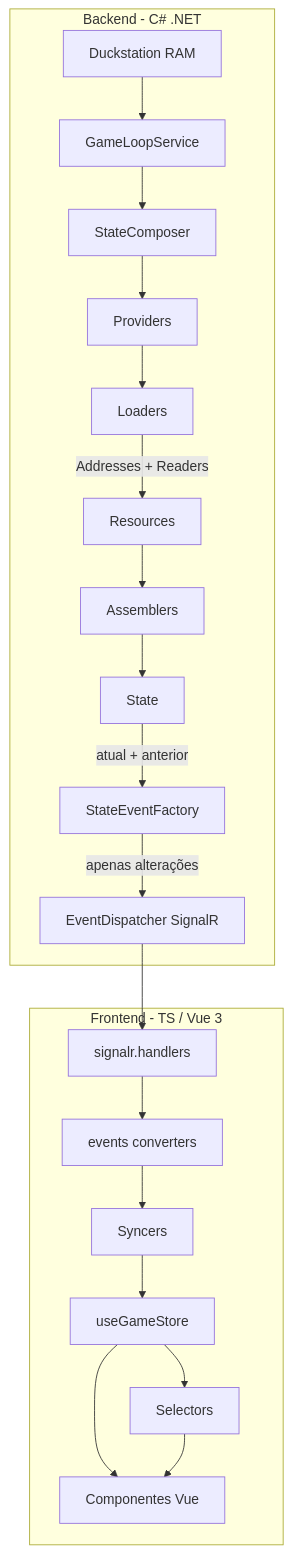
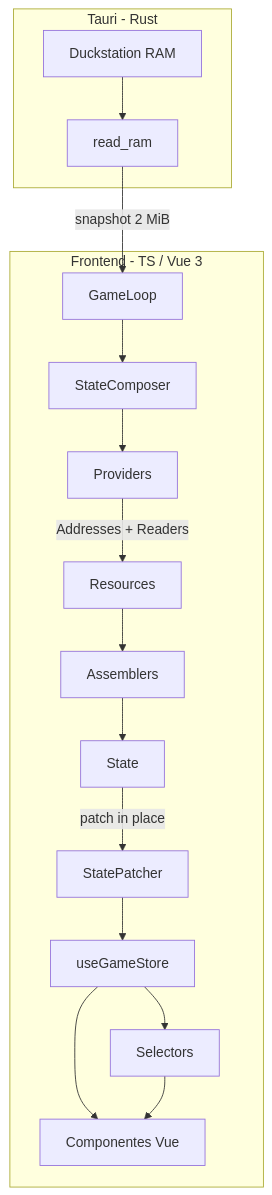
The diagram in .cursor/rules/digivice-business.mdc (RubenTeles/digivice), drawn with Mermaid before and after one commit. The commit also changed other lines of this file and 26 other files, not shown here.

````diff
--- a/.cursor/rules/digivice-business.mdc
+++ b/.cursor/rules/digivice-business.mdc
@@ -12,23 +12,19 @@
 ```mermaid
 graph TD
-    subgraph backendSide [Backend - C# .NET]
-        emulator[Duckstation RAM] --> gameLoop[GameLoopService]
+    subgraph tauriSide [Tauri - Rust]
+        emulator[Duckstation RAM] --> readRam[read_ram]
+    end
+    subgraph frontendSide [Frontend - TS / Vue 3]
+        readRam -->|"snapshot 2 MiB"| gameLoop[GameLoop]
         gameLoop --> composer[StateComposer]
         composer --> providers[Providers]
-        providers --> loaders[Loaders]
-        loaders -->|"Addresses + Readers"| resources[Resources]
+        providers -->|"Addresses + Readers"| resources[Resources]
         resources --> assemblers[Assemblers]
         assemblers --> state[State]
-        state -->|"atual + anterior"| stateEvents[StateEventFactory]
-        stateEvents -->|"apenas alterações"| dispatcher[EventDispatcher SignalR]
-    end
-    subgraph frontendSide [Frontend - TS / Vue 3]
-        dispatcher --> handlers[signalr.handlers]
-        handlers --> converters[events converters]
-        converters --> syncers[Syncers]
-        syncers --> pinia[useGameStore]
+        state -->|"patch in place"| patcher[StatePatcher]
+        patcher --> pinia[useGameStore]
         pinia --> selectors[Selectors]
         pinia --> components[Componentes Vue]
         selectors --> components
     end
 ```
````
